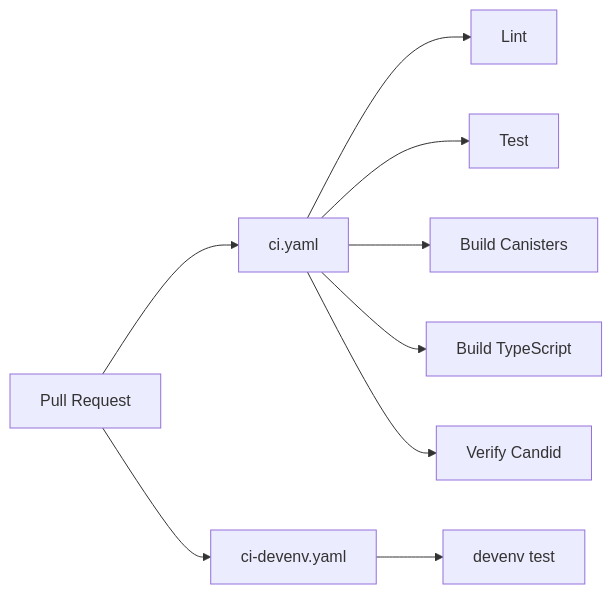
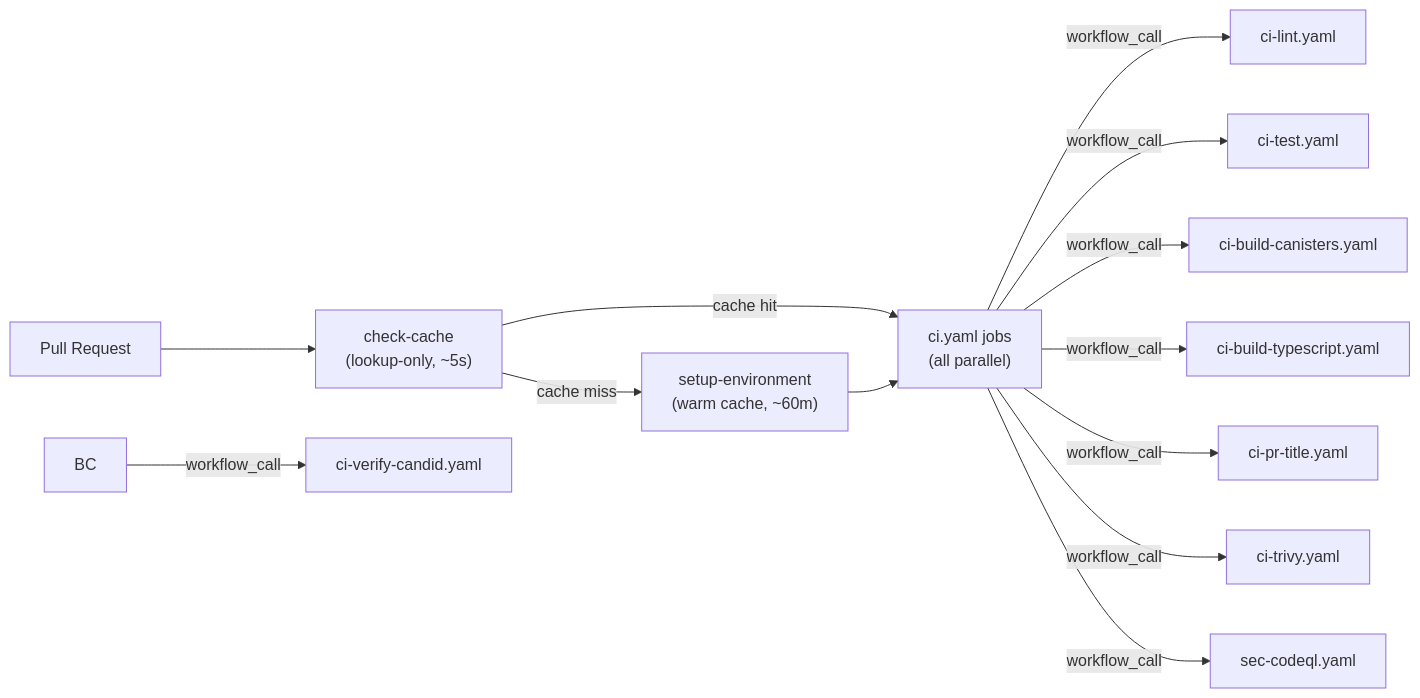
One commit to irken-empire/ic-siwa changed the third of 3 diagrams in docs/ci-cd.md. Above: the diagram before and after it, drawn with Mermaid. The commit also changed other lines of this file and 41 other files, not shown here.

````diff
--- a/docs/ci-cd.md
+++ b/docs/ci-cd.md
@@ -64,13 +64,17 @@
 ```mermaid
 graph LR
-    PR["Pull Request"] --> CI["ci.yaml"]
-    PR --> DEV["ci-devenv.yaml"]
+    PR["Pull Request"] --> CC["check-cache<br/>(lookup-only, ~5s)"]
 
-    CI --> L["Lint"]
-    CI --> T["Test"]
-    CI --> BC["Build Canisters"]
-    CI --> BT["Build TypeScript"]
-    CI --> VC["Verify Candid"]
+    CC --> |cache hit| CI["ci.yaml jobs<br/>(all parallel)"]
+    CC --> |cache miss| SE["setup-environment<br/>(warm cache, ~60m)"]
+    SE --> CI
 
-    DEV --> DT["devenv test"]
+    CI --> |workflow_call| CI_LINT["ci-lint.yaml"]
+    CI --> |workflow_call| CI_TEST["ci-test.yaml"]
+    CI --> |workflow_call| CI_BUILD_CAN["ci-build-canisters.yaml"]
+    CI --> |workflow_call| CI_BUILD_TS["ci-build-typescript.yaml"]
+    CI --> |workflow_call| CI_PR_TITLE["ci-pr-title.yaml"]
+    CI --> |workflow_call| CI_TRIVY["ci-trivy.yaml"]
+    CI --> |workflow_call| CI_CODEQL["sec-codeql.yaml"]
+    BC --> |workflow_call| CI_VERIFY_CAN["ci-verify-candid.yaml"]
 ```
````
